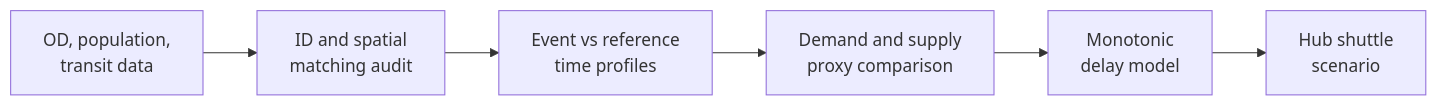
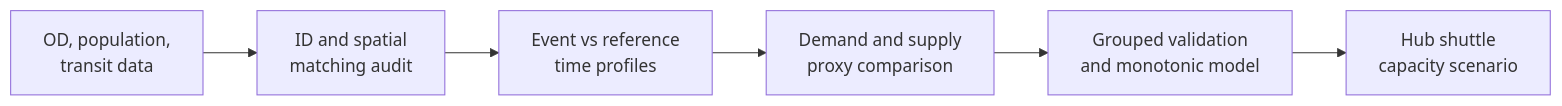
Before and after one commit to yoon-chan-hyeok/event-traffic-delay-analysis: the diagram in README.md, drawn with Mermaid. The commit also changed other lines of this file, not shown here.

````diff
--- a/README.md
+++ b/README.md
@@ -26,8 +26,8 @@
-~~~mermaid
+```mermaid
 flowchart LR
     A["OD, population,<br/>transit data"] --> B["ID and spatial<br/>matching audit"]
     B --> C["Event vs reference<br/>time profiles"]
     C --> D["Demand and supply<br/>proxy comparison"]
-    D --> E["Monotonic<br/>delay model"]
-    E --> F["Hub shuttle<br/>scenario"]
-~~~
+    D --> E["Grouped validation<br/>and monotonic model"]
+    E --> F["Hub shuttle<br/>capacity scenario"]
+```
````
